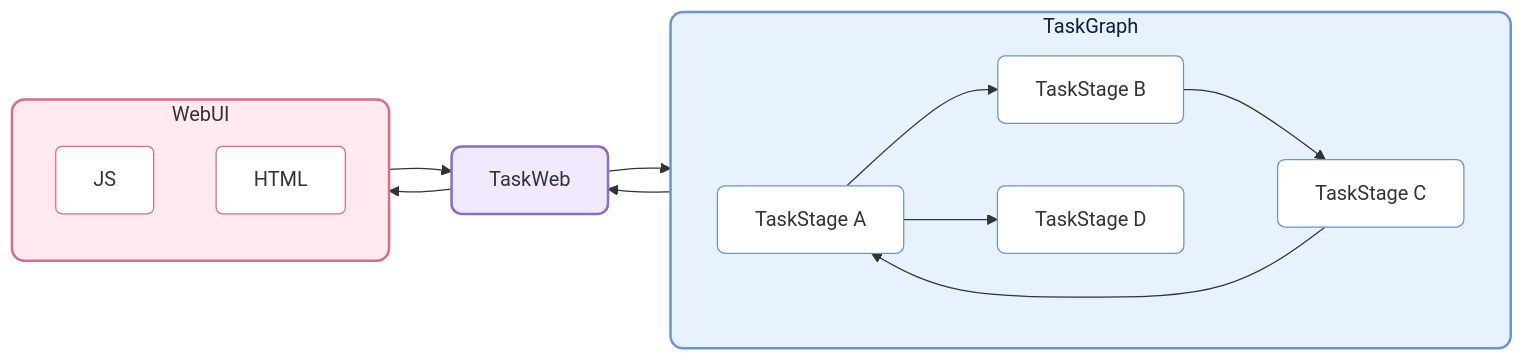
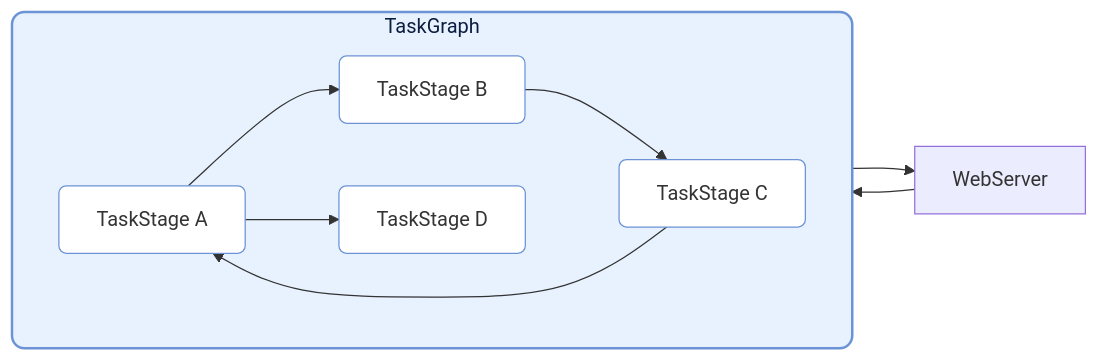
The first of 2 diagrams in README.md (Mr-xiaotian/CelestialFlow), drawn with Mermaid before and after one commit. The commit also changed other lines of this file and 14 other files, not shown here.

````diff
--- a/README.md
+++ b/README.md
@@ -55,46 +54,31 @@
 ```mermaid
 flowchart LR
 
     %% ===== TaskGraph =====
     subgraph TG[TaskGraph]
         direction LR
 
         S1[TaskStage A]
         S2[TaskStage B]
         S3[TaskStage C]
         S4[TaskStage D]
 
         S1 --> S2 --> S3 --> S1
         S1 --> S4
 
     end
 
     %% 美化 TaskGraph 外框
     style TG fill:#e8f2ff,stroke:#6b93d6,stroke-width:2px,color:#0b1e3f,rx:10px,ry:10px
 
     %% 统一美化格式
     classDef blueNode fill:#ffffff,stroke:#6b93d6,rx:6px,ry:6px;
 
     %% 美化 TaskStages
     class S1,S2,S3,S4 blueNode;
 
-    %% ===== WebUI =====
-    subgraph W[WebUI]
-        JS
-        HTML
-    end
-
-    style W fill:#ffeaf0,stroke:#d66b8c,stroke-width:2px,rx:10px,ry:10px
-    style JS fill:#ffffff,stroke:#d66b8c,rx:5px,ry:5px
-    style HTML fill:#ffffff,stroke:#d66b8c,rx:5px,ry:5px
-
-    R[TaskWeb]
-    style R fill:#f0e9ff,stroke:#8a6bc9,stroke-width:2px,rx:8px,ry:8px
-
     %% ===== Links =====
-    TG --> R 
-    R --> TG 
-    R --> W
-    W --> R
+    TG --> W[WebServer]
+    W[WebServer] --> TG 
 
 ```
````
